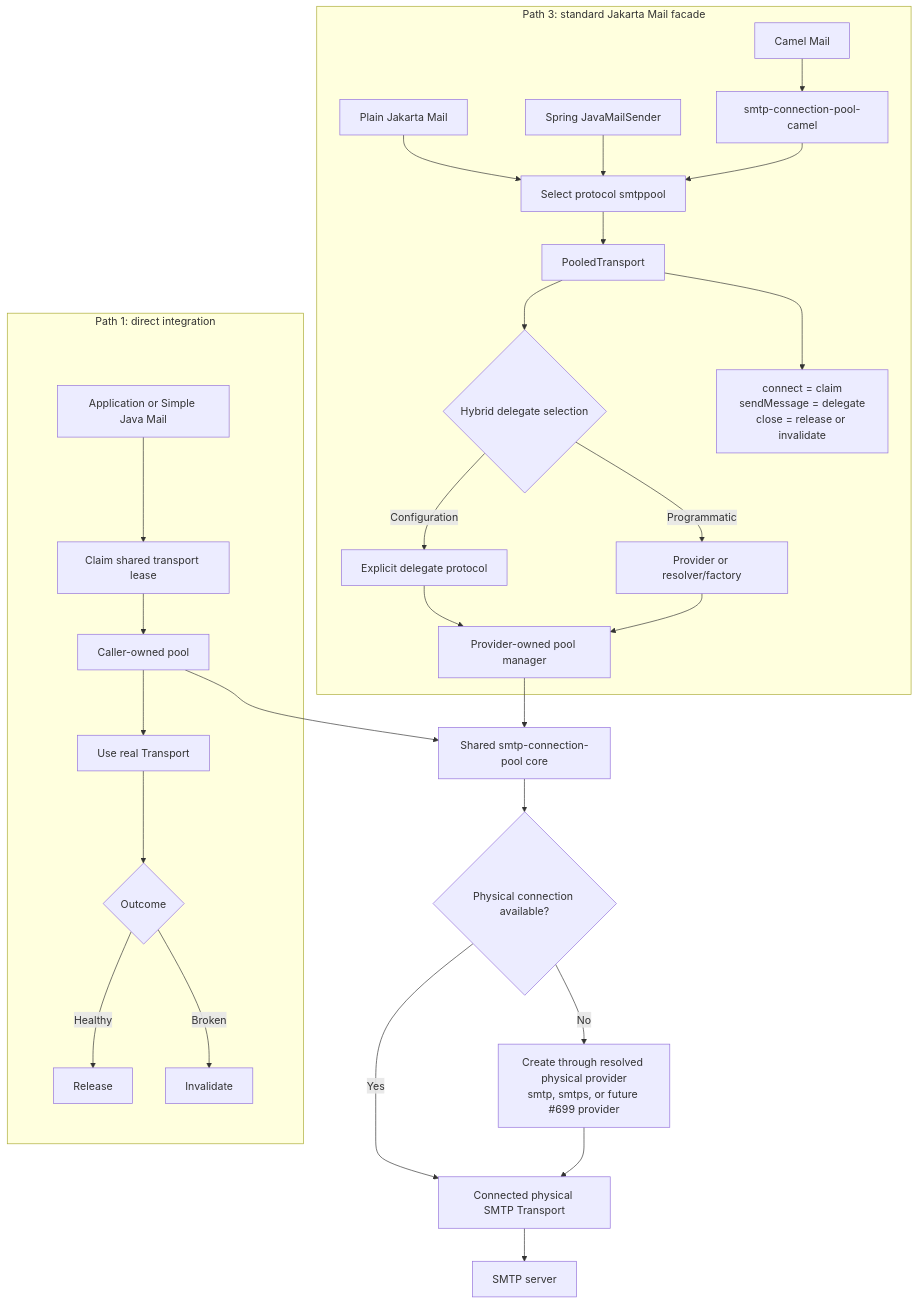
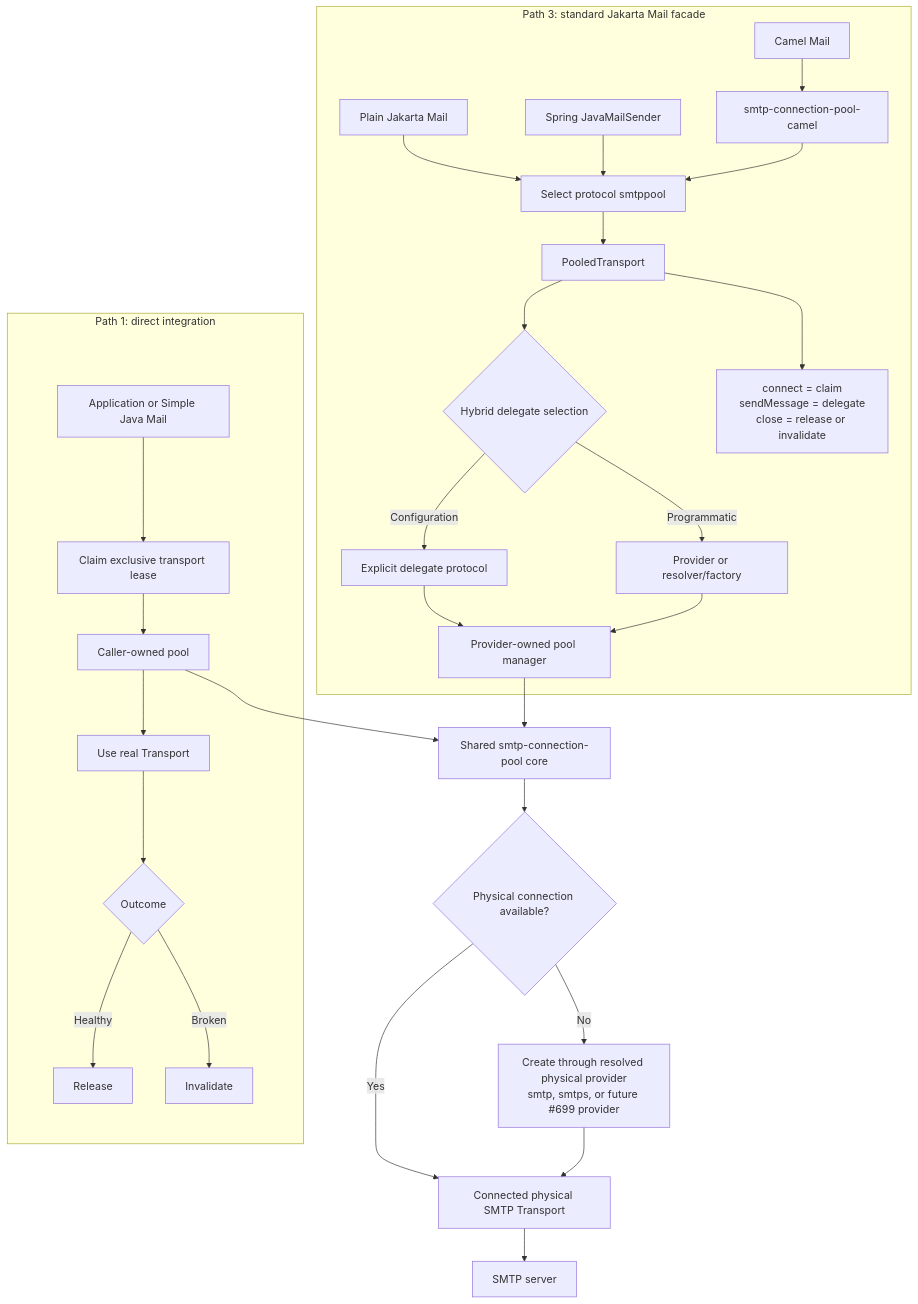
Before and after one commit to simple-java-mail/smtp-connection-pool: the third of 5 diagrams in PRODUCT-VISION.md, drawn with Mermaid. The commit also changed other lines of this file and 17 other files, not shown here.

````diff
--- a/PRODUCT-VISION.md
+++ b/PRODUCT-VISION.md
@@ -214,33 +214,33 @@
 ```mermaid
 flowchart TB
     subgraph DIRECT["Path 1: direct integration"]
-        DIRECT_APP["Application or Simple Java Mail"] --> DIRECT_CLAIM["Claim shared transport lease"]
+        DIRECT_APP["Application or Simple Java Mail"] --> DIRECT_CLAIM["Claim exclusive transport lease"]
         DIRECT_CLAIM --> DIRECT_POOL["Caller-owned pool"]
         DIRECT_POOL --> DIRECT_SEND["Use real Transport"]
         DIRECT_SEND --> DIRECT_RESULT{"Outcome"}
         DIRECT_RESULT -- "Healthy" --> DIRECT_RELEASE["Release"]
         DIRECT_RESULT -- "Broken" --> DIRECT_INVALIDATE["Invalidate"]
     end
 
     subgraph FACADE["Path 3: standard Jakarta Mail facade"]
         PLAIN["Plain Jakarta Mail"] --> SELECT["Select protocol smtppool"]
         SPRING["Spring JavaMailSender"] --> SELECT
         CAMEL["Camel Mail"] --> CAMEL_ADAPTER["smtp-connection-pool-camel"]
         CAMEL_ADAPTER --> SELECT
         SELECT --> WRAPPER["PooledTransport"]
         WRAPPER --> RESOLVE{"Hybrid delegate selection"}
         RESOLVE -- "Configuration" --> PROTOCOL["Explicit delegate protocol"]
         RESOLVE -- "Programmatic" --> PROVIDER["Provider or resolver/factory"]
         PROTOCOL --> PROVIDER_POOL["Provider-owned pool manager"]
         PROVIDER --> PROVIDER_POOL
         WRAPPER --> TRANSLATE["connect = claim<br/>sendMessage = delegate<br/>close = release or invalidate"]
     end
 
     DIRECT_POOL --> CORE["Shared smtp-connection-pool core"]
     PROVIDER_POOL --> CORE
     CORE --> AVAILABLE{"Physical connection available?"}
     AVAILABLE -- "Yes" --> PHYSICAL["Connected physical SMTP Transport"]
     AVAILABLE -- "No" --> REAL_PROVIDER["Create through resolved physical provider<br/>smtp, smtps, or future #699 provider"]
     REAL_PROVIDER --> PHYSICAL
     PHYSICAL --> SERVER["SMTP server"]
 ```
````
